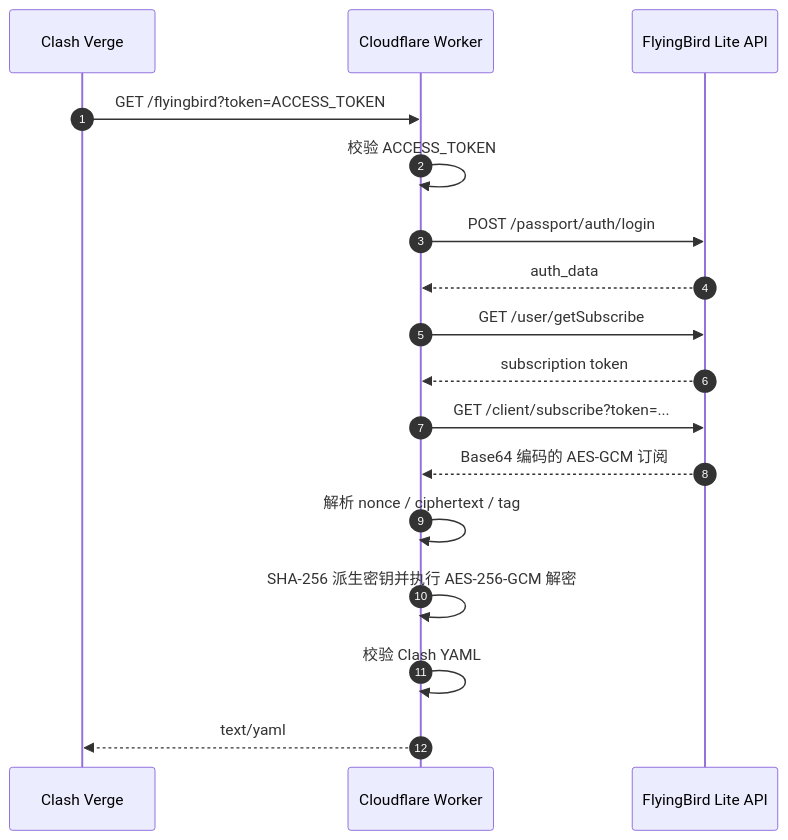
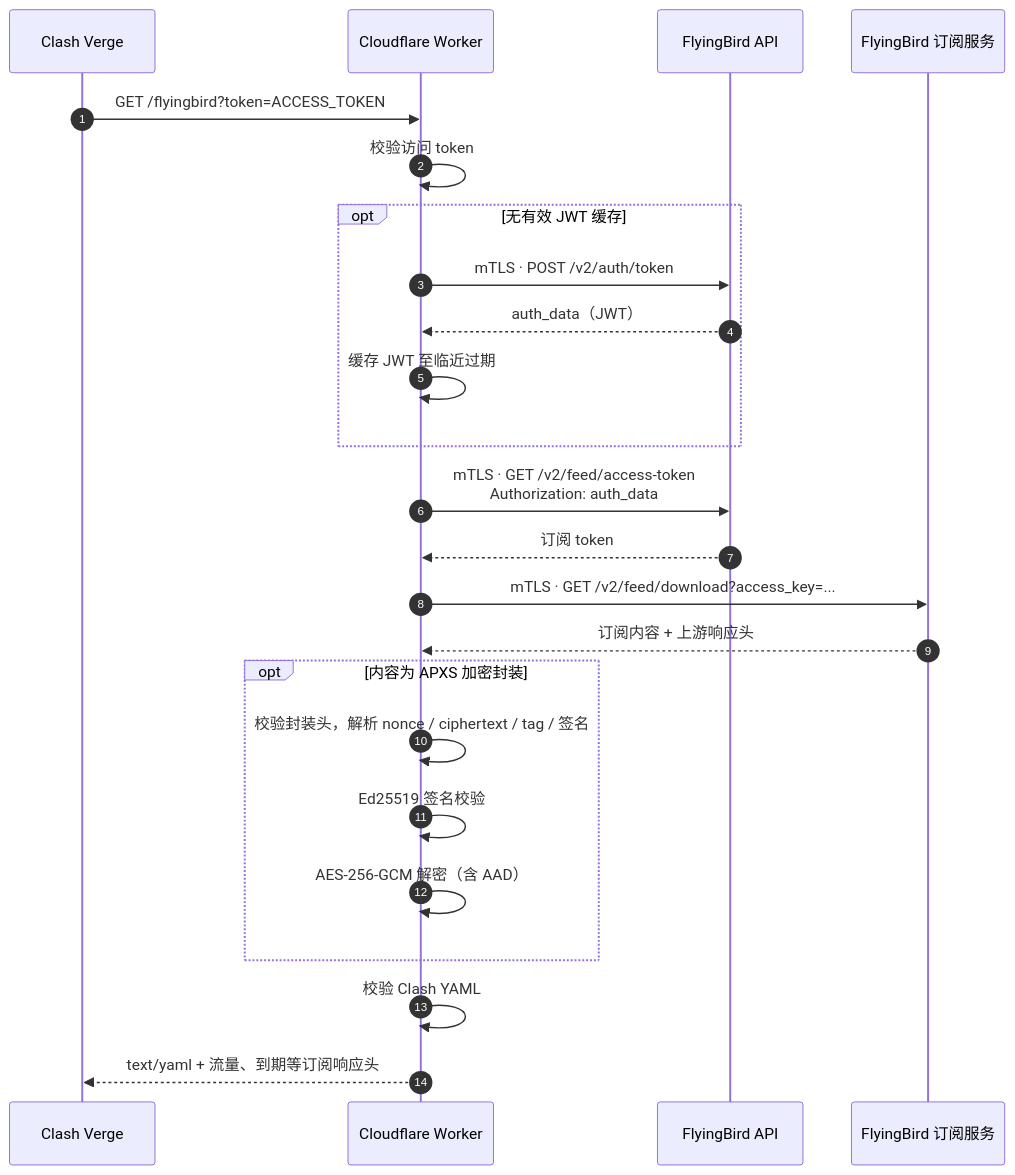
Before and after one commit to YuanzAAi/flying2sub: the diagram in README.md, drawn with Mermaid. The commit also changed other lines of this file and 3 other files, not shown here.

Commit message:
Update FlyingBird subscription protocol and flow

````diff
--- a/README.md
+++ b/README.md
@@ -13,20 +13,30 @@
 ```mermaid
 sequenceDiagram
     autonumber
     participant CV as Clash Verge
     participant W as Cloudflare Worker
-    participant FB as FlyingBird Lite API
+    participant API as FlyingBird API
+    participant SUB as FlyingBird 订阅服务
 
     CV->>W: GET /flyingbird?token=ACCESS_TOKEN
-    W->>W: 校验 ACCESS_TOKEN
-    W->>FB: POST /passport/auth/login
-    FB-->>W: auth_data
-    W->>FB: GET /user/getSubscribe
-    FB-->>W: subscription token
-    W->>FB: GET /client/subscribe?token=...
-    FB-->>W: Base64 编码的 AES-GCM 订阅
-    W->>W: 解析 nonce / ciphertext / tag
-    W->>W: SHA-256 派生密钥并执行 AES-256-GCM 解密
+    W->>W: 校验访问 token
+
+    opt 无有效 JWT 缓存
+        W->>API: mTLS · POST /v2/auth/token
+        API-->>W: auth_data（JWT）
+        W->>W: 缓存 JWT 至临近过期
+    end
+    W->>API: mTLS · GET /v2/feed/access-token<br/>Authorization: auth_data
+    API-->>W: 订阅 token
+
+    W->>SUB: mTLS · GET /v2/feed/download?access_key=...
+    SUB-->>W: 订阅内容 + 上游响应头
+
+    opt 内容为 APXS 加密封装
+        W->>W: 校验封装头，解析 nonce / ciphertext / tag / 签名
+        W->>W: Ed25519 签名校验
+        W->>W: AES-256-GCM 解密（含 AAD）
+    end
     W->>W: 校验 Clash YAML
-    W-->>CV: text/yaml
+    W-->>CV: text/yaml + 流量、到期等订阅响应头
 ```
````
